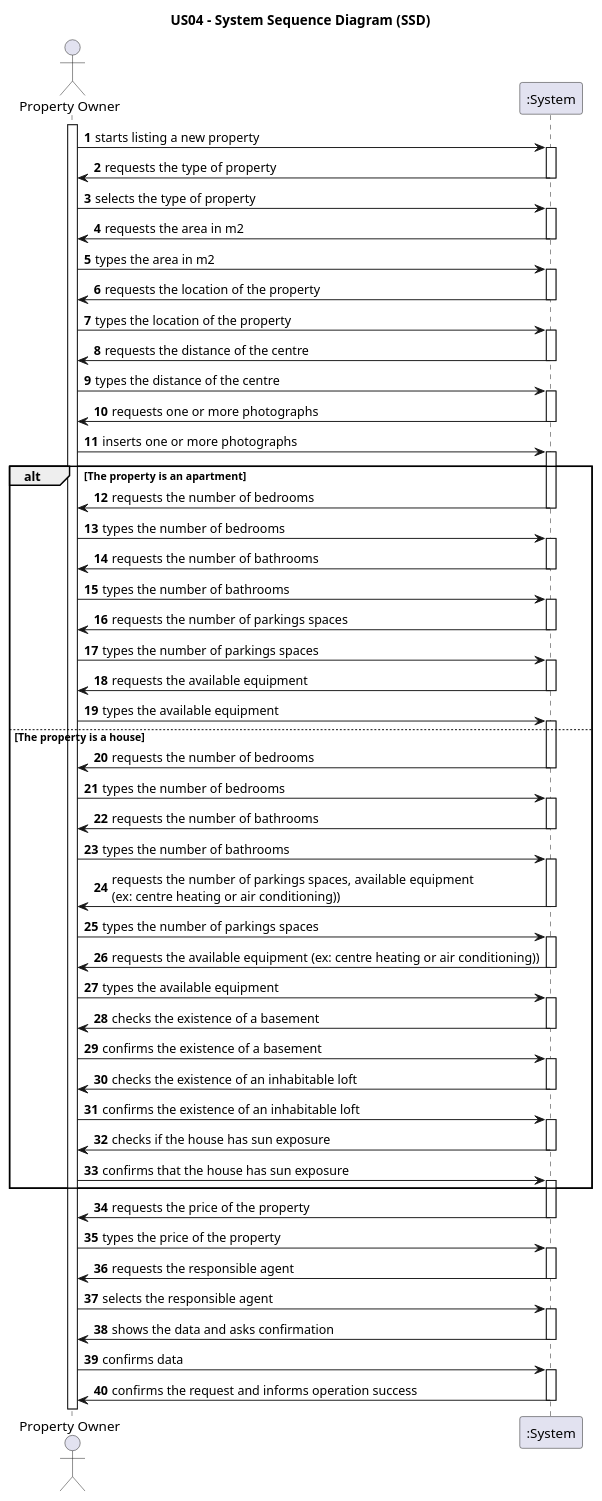
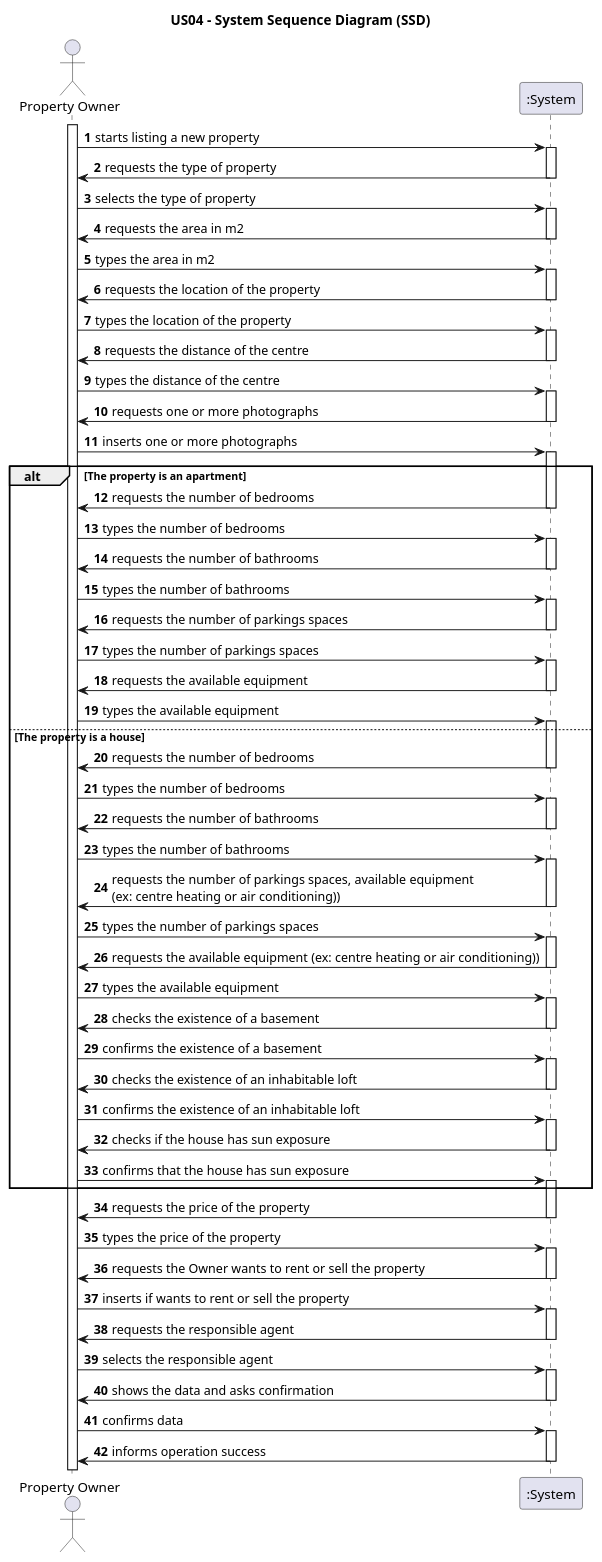
The diagram in docs/sprintB/US004/01.requirements-engineering/puml/SSD_04.puml (tiagohcorreia/LAPR2), drawn with PlantUML before and after one commit.

Commit message:
US04- SSD update

```diff
--- a/docs/sprintB/US004/01.requirements-engineering/puml/SSD_04.puml
+++ b/docs/sprintB/US004/01.requirements-engineering/puml/SSD_04.puml
@@ -1,98 +1,102 @@
 @startuml
 title US04 - System Sequence Diagram (SSD)
 
 autonumber
 
 actor "Property Owner" as Owner
 participant ":System" as System
 
 activate Owner
 
     Owner -> System : starts listing a new property
     activate System
         System -> Owner : requests the type of property
     deactivate System
         Owner -> System: selects the type of property
     activate System
     System-> Owner:requests the area in m2
     deactivate System
         Owner->System: types the area in m2
     activate System
         System-> Owner: requests the location of the property
     deactivate System
         Owner-> System: types the location of the property
     activate System
         System-> Owner: requests the distance of the centre
     deactivate System
         Owner-> System: types the distance of the centre
     activate System
         System-> Owner: requests one or more photographs
     deactivate System
         Owner-> System: inserts one or more photographs
     activate System
         alt The property is an apartment
                 System -> Owner: requests the number of bedrooms
             deactivate System
                 Owner-> System: types the number of bedrooms
             activate System
                 System -> Owner: requests the number of bathrooms
             deactivate System
                 Owner-> System: types the number of bathrooms
             activate System
             System -> Owner: requests the number of parkings spaces
             deactivate System
                 Owner-> System: types the number of parkings spaces
             activate System
                 System -> Owner: requests the available equipment
             deactivate System
                 Owner-> System: types the available equipment
             activate System
         else The property is a house
                 System -> Owner: requests the number of bedrooms
             deactivate System
                 Owner-> System: types the number of bedrooms
             activate System
                 System -> Owner: requests the number of bathrooms
             deactivate System
                 Owner-> System: types the number of bathrooms
             activate System
                 System -> Owner: requests the number of parkings spaces, available equipment \n(ex: centre heating or air conditioning))
             deactivate System
                 Owner-> System: types the number of parkings spaces
             activate System
                 System -> Owner: requests the available equipment (ex: centre heating or air conditioning))
             deactivate System
                 Owner-> System: types the available equipment
             activate System
                 System -> Owner: checks the existence of a basement
             deactivate System
                 Owner-> System: confirms the existence of a basement
             activate System
                 System -> Owner: checks the existence of an inhabitable loft
             deactivate System
                 Owner-> System: confirms the existence of an inhabitable loft
             activate System
                 System -> Owner: checks if the house has sun exposure
             deactivate System
                 Owner-> System: confirms that the house has sun exposure
             activate System
 
         end
         System -> Owner: requests the price of the property
     deactivate System
         Owner-> System: types the price of the property
     activate System
+        System-> Owner: requests the Owner wants to rent or sell the property
+    deactivate System
+        Owner -> System: inserts if wants to rent or sell the property
+    activate System
         System-> Owner: requests the responsible agent
     deactivate System
         Owner -> System: selects the responsible agent
     activate System
         System-> Owner: shows the data and asks confirmation
     deactivate System
         Owner->System: confirms data
     activate System
-        System -> Owner: confirms the request and informs operation success
+        System -> Owner: informs operation success
     deactivate System
 
 
 
 @enduml
```
